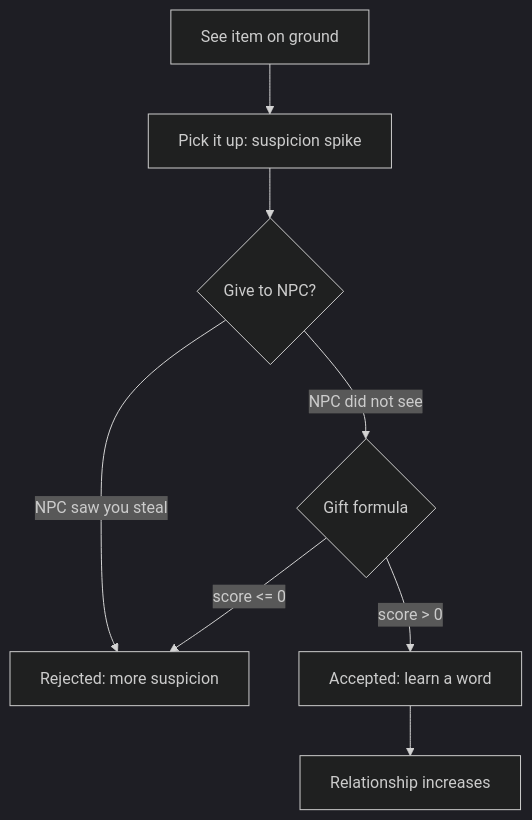
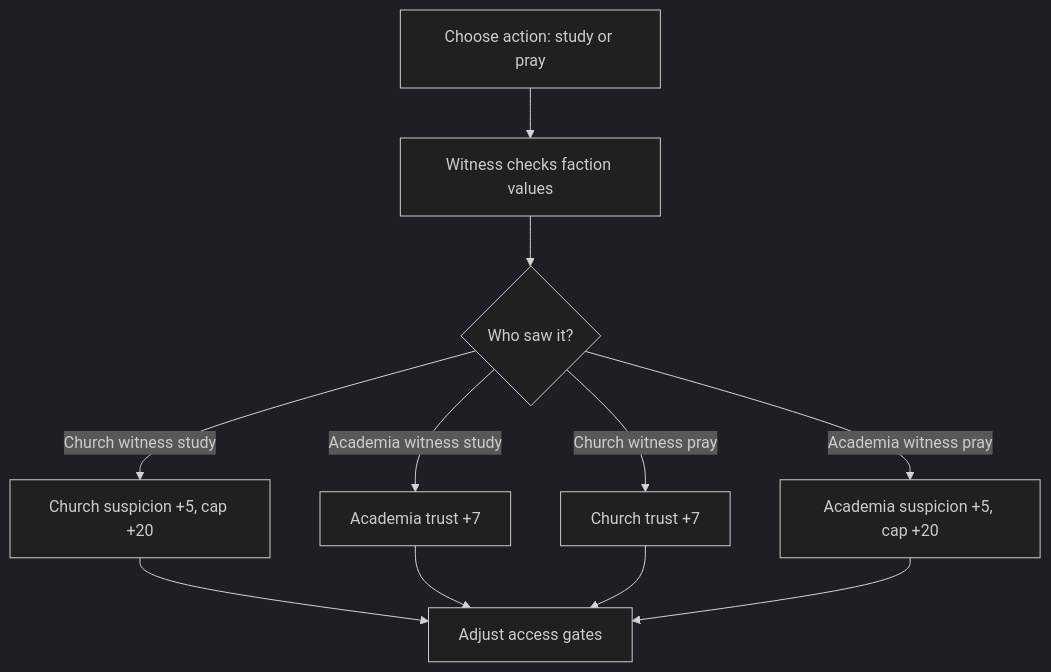
Before and after one commit to axecopfire/first-godot: the third of 6 diagrams in docs/general/GAME_DESIGN.md, drawn with Mermaid (dark theme). The commit also changed other lines of this file and 32 other files, not shown here.

````diff
--- a/docs/general/GAME_DESIGN.md
+++ b/docs/general/GAME_DESIGN.md
@@ -137,10 +141,13 @@
 ```mermaid
 flowchart TB
-    B1[See item on ground] --> B2[Pick it up: suspicion spike]
-    B2 --> B3{Give to NPC?}
-    B3 -->|NPC saw you steal| B4[Rejected: more suspicion]
-    B3 -->|NPC did not see| B5{Gift formula}
-    B5 -->|score > 0| B6[Accepted: learn a word]
-    B5 -->|score <= 0| B4
-    B6 --> B7[Relationship increases]
+    B1[Choose action: study or pray] --> B2[Witness checks faction values]
+    B2 --> B3{Who saw it?}
+    B3 -->|Church witness study| B4[Church suspicion +5, cap +20]
+    B3 -->|Academia witness study| B5[Academia trust +7]
+    B3 -->|Church witness pray| B6[Church trust +7]
+    B3 -->|Academia witness pray| B7[Academia suspicion +5, cap +20]
+    B4 --> B8[Adjust access gates]
+    B5 --> B8
+    B6 --> B8
+    B7 --> B8
 ```
````
